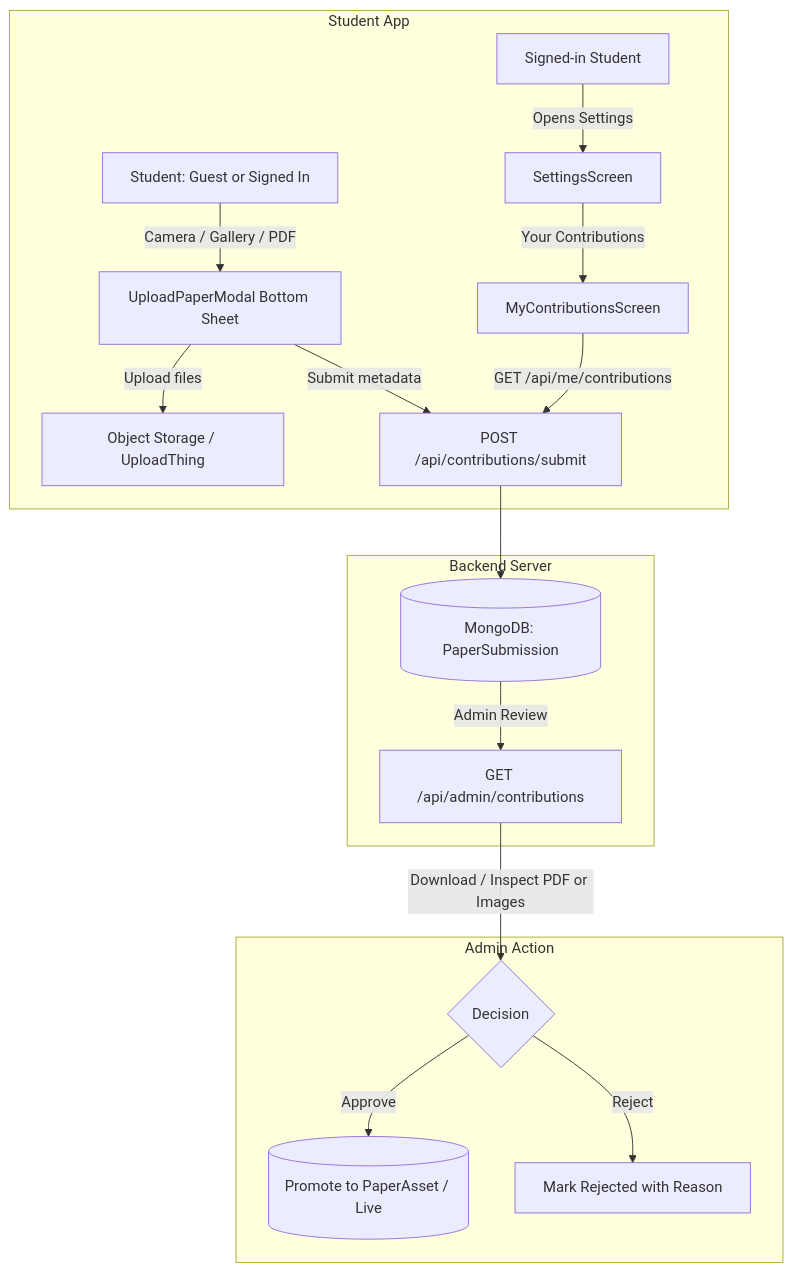
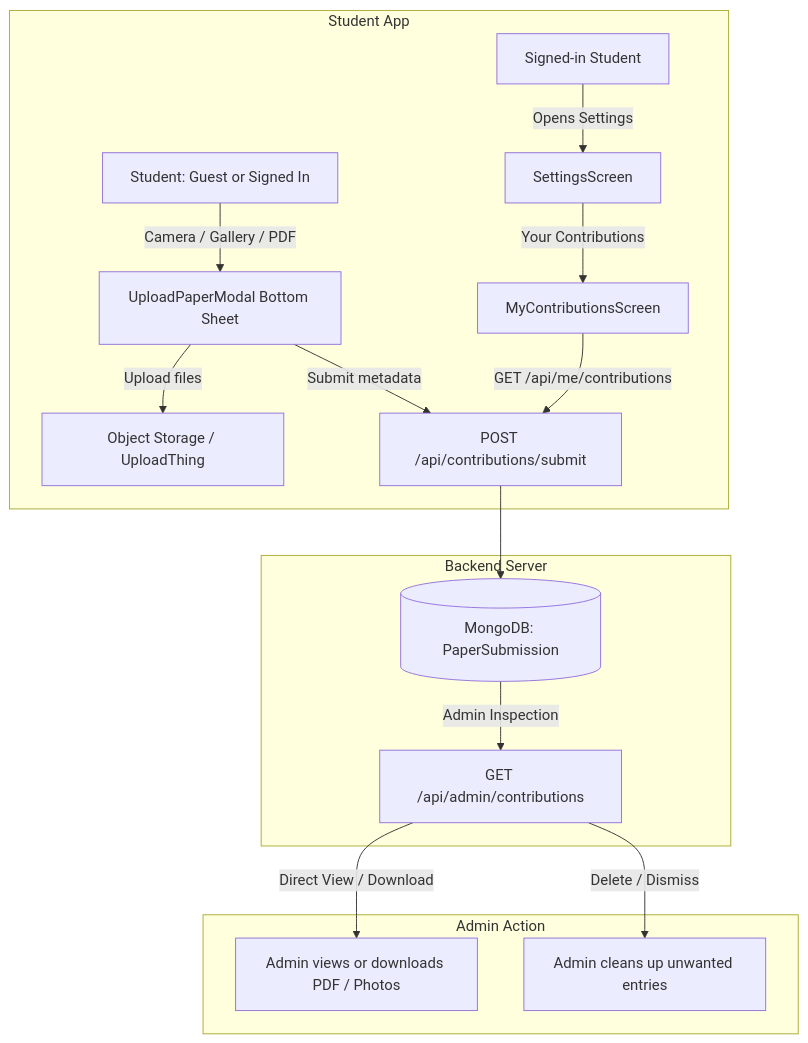
Before and after one commit to hasanraiyan/pyqdeck-expo: the diagram in docs/SRS-user-paper-contributions.md, drawn with Mermaid. The commit also changed other lines of this file, not shown here.

Commit message:
docs: remove PaperAsset auto-conversion from user contributions SRS

````diff
--- a/docs/SRS-user-paper-contributions.md
+++ b/docs/SRS-user-paper-contributions.md
@@ -74,23 +73,22 @@
 ```mermaid
 flowchart TD
     subgraph Student App
         A[Student: Guest or Signed In] -->|Camera / Gallery / PDF| B[UploadPaperModal Bottom Sheet]
         B -->|Upload files| S3[Object Storage / UploadThing]
         B -->|Submit metadata| SVR[POST /api/contributions/submit]
         
         U[Signed-in Student] -->|Opens Settings| SET[SettingsScreen]
         SET -->|Your Contributions| CUST[MyContributionsScreen]
         CUST -->|GET /api/me/contributions| SVR
     end
 
     subgraph Backend Server
         SVR --> SUB[(MongoDB: PaperSubmission)]
-        SUB -->|Admin Review| ADM[GET /api/admin/contributions]
+        SUB -->|Admin Inspection| ADM[GET /api/admin/contributions]
     end
 
     subgraph Admin Action
-        ADM -->|Download / Inspect PDF or Images| DEC{Decision}
-        DEC -->|Approve| LIVE[(Promote to PaperAsset / Live)]
-        DEC -->|Reject| REJ[Mark Rejected with Reason]
+        ADM -->|Direct View / Download| DLD[Admin views or downloads PDF / Photos]
+        ADM -->|Delete / Dismiss| DEL[Admin cleans up unwanted entries]
     end
 ```
````
